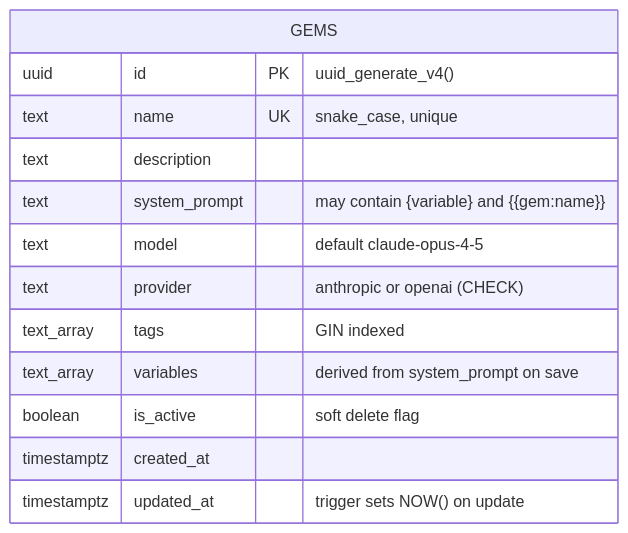
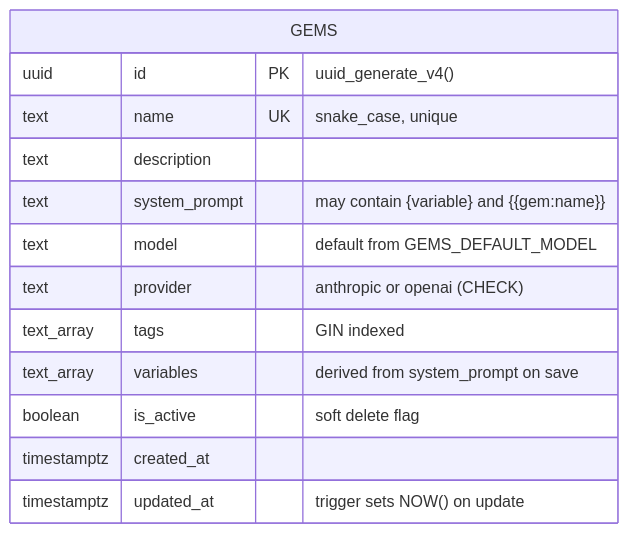
The seventh of 9 diagrams in ARCHITECTURE.md (poyfather/gemsAPI), drawn with Mermaid before and after one commit. The commit also changed other lines of this file and 17 other files, not shown here.

````diff
--- a/ARCHITECTURE.md
+++ b/ARCHITECTURE.md
@@ -238,16 +238,16 @@
 ```mermaid
 erDiagram
     GEMS {
         uuid id PK "uuid_generate_v4()"
         text name UK "snake_case, unique"
         text description
         text system_prompt "may contain {variable} and {{gem:name}}"
-        text model "default claude-opus-4-5"
+        text model "default from GEMS_DEFAULT_MODEL"
         text provider "anthropic or openai (CHECK)"
         text_array tags "GIN indexed"
         text_array variables "derived from system_prompt on save"
         boolean is_active "soft delete flag"
         timestamptz created_at
         timestamptz updated_at "trigger sets NOW() on update"
     }
 ```
````
